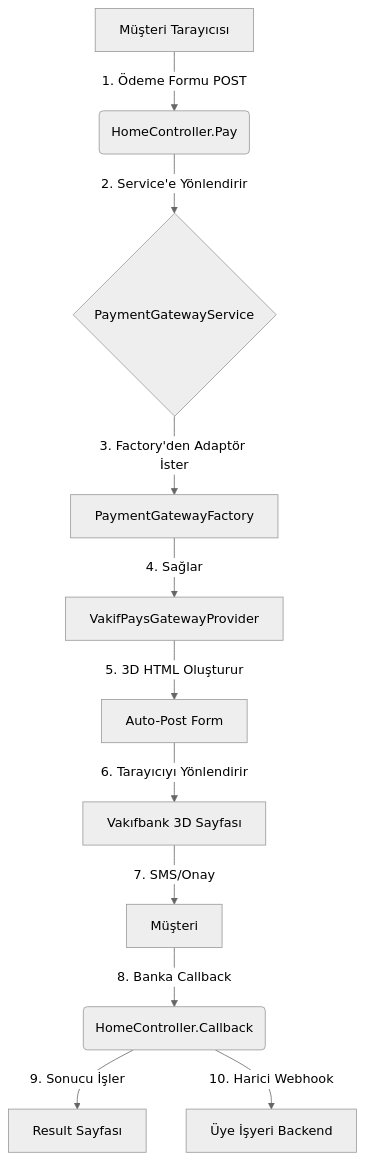
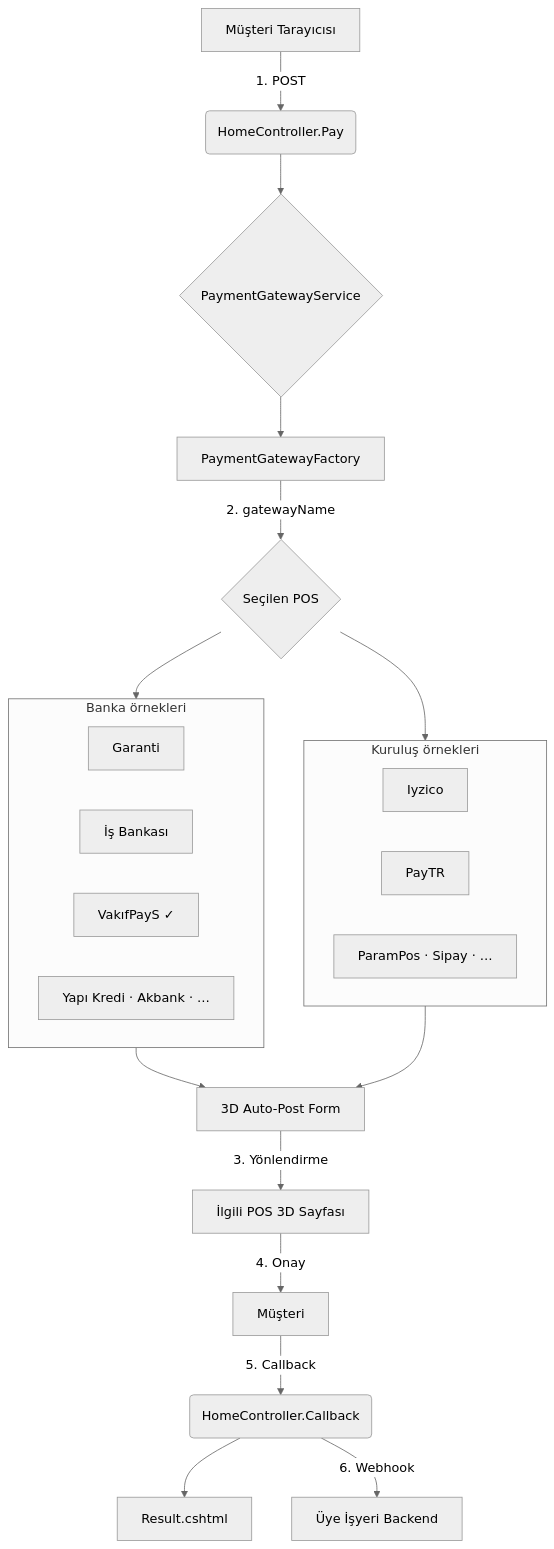
Before and after one commit to mehmetunal/tripay: the fifth of 7 diagrams in docs/TriPay_Proje_Dokumani.md, drawn with Mermaid (neutral theme). The commit also changed other lines of this file and 1 other file, not shown here.

````diff
--- a/docs/TriPay_Proje_Dokumani.md
+++ b/docs/TriPay_Proje_Dokumani.md
@@ -261,13 +360,31 @@
 ```mermaid
 flowchart TD
-    A[Müşteri Tarayıcısı] -->|1. Ödeme Formu POST| B(HomeController.Pay)
-    B -->|2. Service'e Yönlendirir| C{PaymentGatewayService}
-    C -->|3. Factory'den Adaptör İster| D[PaymentGatewayFactory]
-    D -->|4. Sağlar| E[VakifPaysGatewayProvider]
-    E -->|5. 3D HTML Oluşturur| F[Auto-Post Form]
-    F -->|6. Tarayıcıyı Yönlendirir| G[Vakıfbank 3D Sayfası]
-    G -->|7. SMS/Onay| H[Müşteri]
-    H -->|8. Banka Callback| I(HomeController.Callback)
-    I -->|9. Sonucu İşler| J[Result Sayfası]
-    I -->|10. Harici Webhook| K[Üye İşyeri Backend]
+    A[Müşteri Tarayıcısı] -->|1. POST| B(HomeController.Pay)
+    B --> C{PaymentGatewayService}
+    C --> D[PaymentGatewayFactory]
+    D -->|2. gatewayName| E{Seçilen POS}
+    E --> P1[Banka Provider]
+    E --> P2[Kuruluş Provider]
+    P1 --> F[3D Auto-Post Form]
+    P2 --> F
+    F -->|3. Yönlendirme| G[İlgili POS 3D Sayfası]
+    G -->|4. Onay| H[Müşteri]
+    H -->|5. Callback| I(HomeController.Callback)
+    I --> J[Result.cshtml]
+    I -->|6. Webhook| K[Üye İşyeri Backend]
+
+    subgraph P1["Banka örnekleri"]
+        direction LR
+        pA[Garanti]
+        pB[İş Bankası]
+        pC[VakıfPayS ✓]
+        pD[Yapı Kredi · Akbank · …]
+    end
+
+    subgraph P2["Kuruluş örnekleri"]
+        direction LR
+        kA[Iyzico]
+        kB[PayTR]
+        kC[ParamPos · Sipay · …]
+    end
 ```
````
